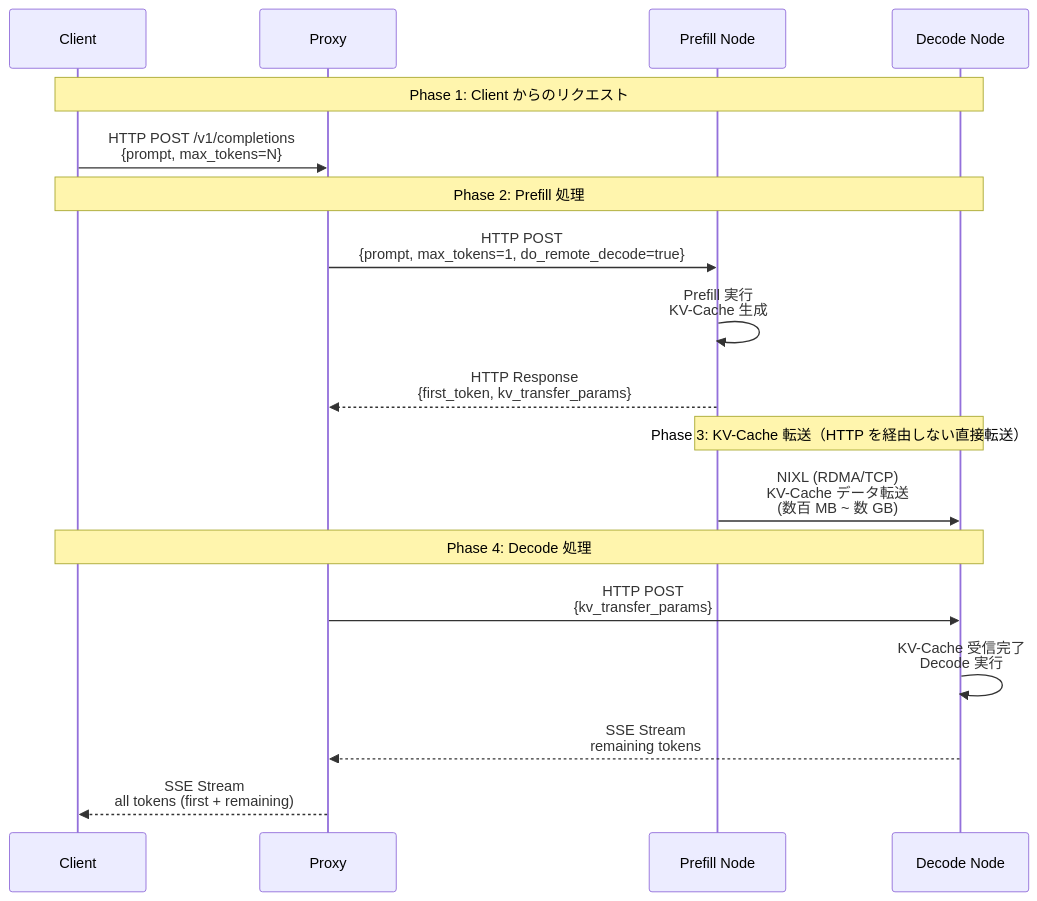
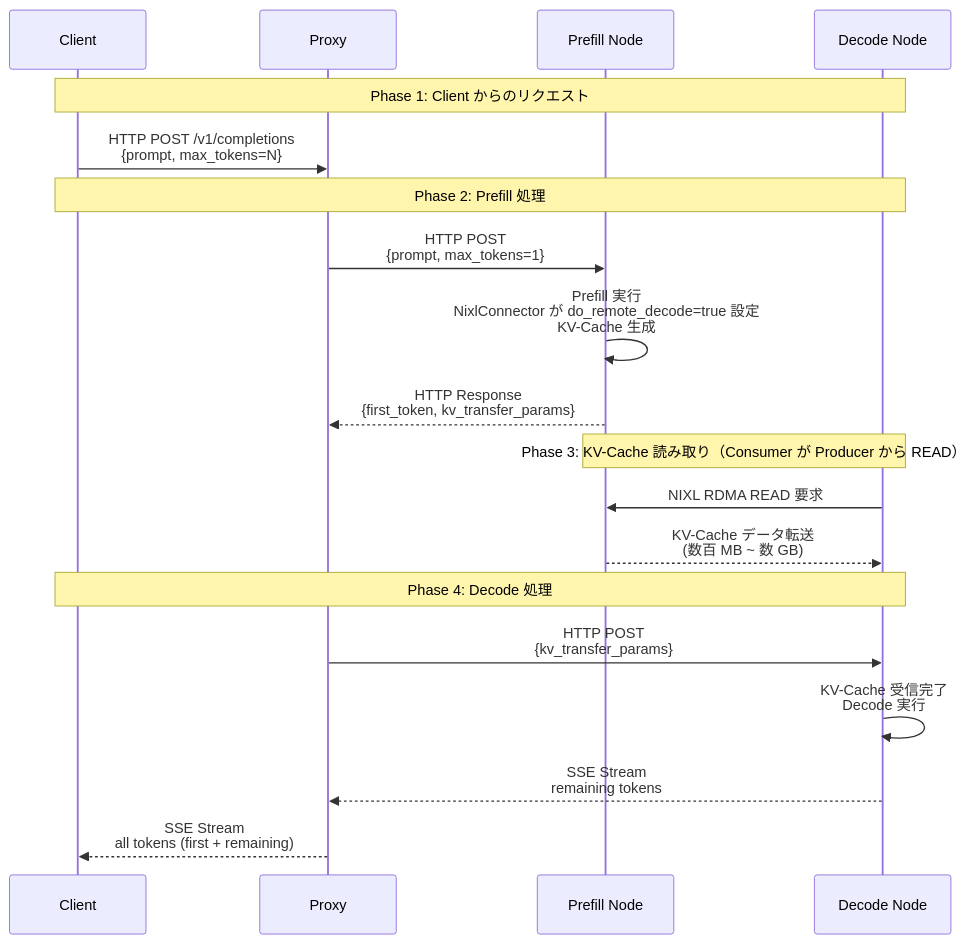
The second of 14 diagrams in articles/3dd524130320d3.md (littlemex/zenn), drawn with Mermaid before and after one commit. The commit also changed other lines of this file, not shown here.

````diff
--- a/articles/3dd524130320d3.md
+++ b/articles/3dd524130320d3.md
@@ -40,24 +63,25 @@
 ```mermaid
 sequenceDiagram
     participant C as Client
     participant P as Proxy
     participant PF as Prefill Node
     participant D as Decode Node
 
     Note over C,D: Phase 1: Client からのリクエスト
     C->>P: HTTP POST /v1/completions<br/>{prompt, max_tokens=N}
 
     Note over C,D: Phase 2: Prefill 処理
-    P->>PF: HTTP POST<br/>{prompt, max_tokens=1, do_remote_decode=true}
-    PF->>PF: Prefill 実行<br/>KV-Cache 生成
+    P->>PF: HTTP POST<br/>{prompt, max_tokens=1}
+    PF->>PF: Prefill 実行<br/>NixlConnector が do_remote_decode=true 設定<br/>KV-Cache 生成
     PF-->>P: HTTP Response<br/>{first_token, kv_transfer_params}
 
-    Note over PF,D: Phase 3: KV-Cache 転送（HTTP を経由しない直接転送）
-    PF->>D: NIXL (RDMA/TCP)<br/>KV-Cache データ転送<br/>(数百 MB ~ 数 GB)
+    Note over PF,D: Phase 3: KV-Cache 読み取り（Consumer が Producer から READ）
+    D->>PF: NIXL RDMA READ 要求
+    PF-->>D: KV-Cache データ転送<br/>(数百 MB ~ 数 GB)
 
     Note over C,D: Phase 4: Decode 処理
     P->>D: HTTP POST<br/>{kv_transfer_params}
     D->>D: KV-Cache 受信完了<br/>Decode 実行
     D-->>P: SSE Stream<br/>remaining tokens
     P-->>C: SSE Stream<br/>all tokens (first + remaining)
 ```
````
